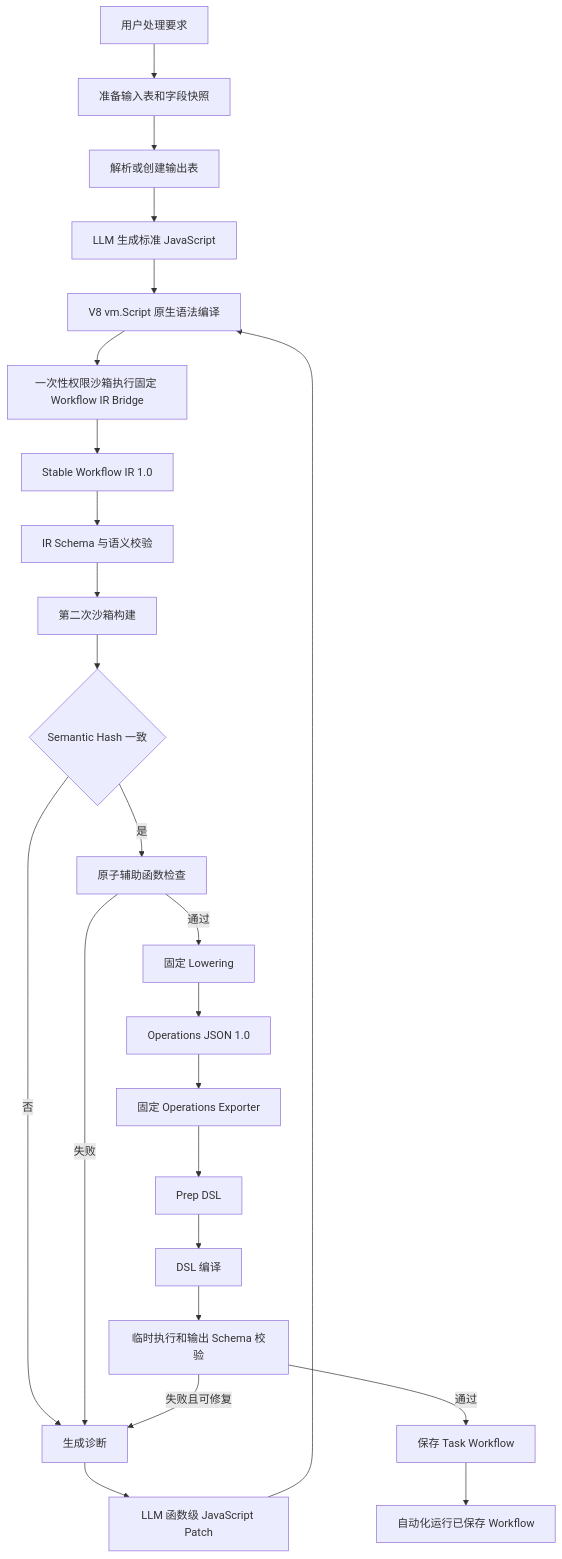
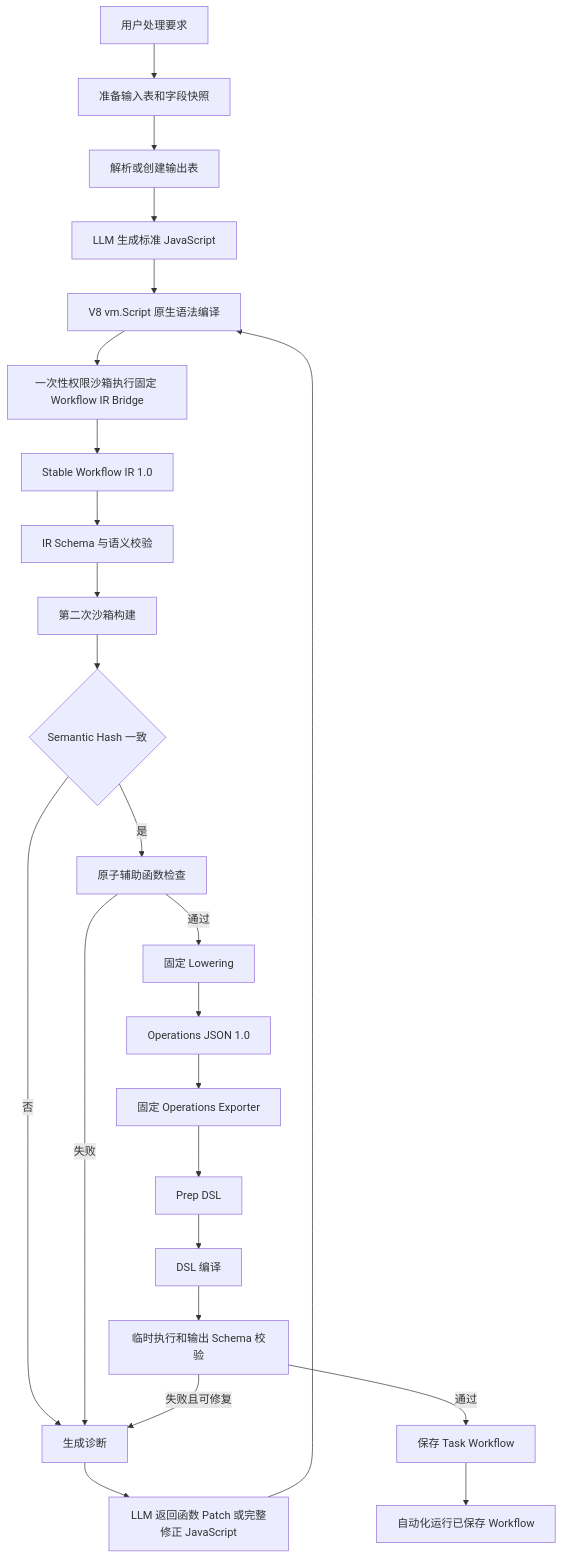
Before and after one commit to tyro668/sophron-cowork-desktop: the diagram in design/automation/data-processing-automation-rp.md, drawn with Mermaid. The commit also changed other lines of this file and 8 other files, not shown here.

````diff
--- a/design/automation/data-processing-automation-rp.md
+++ b/design/automation/data-processing-automation-rp.md
@@ -26,26 +26,26 @@
 ```mermaid
 flowchart TD
     A[用户处理要求] --> B[准备输入表和字段快照]
     B --> C[解析或创建输出表]
     C --> D[LLM 生成标准 JavaScript]
     D --> E[V8 vm.Script 原生语法编译]
     E --> F[一次性权限沙箱执行固定 Workflow IR Bridge]
     F --> G[Stable Workflow IR 1.0]
     G --> H[IR Schema 与语义校验]
     H --> I[第二次沙箱构建]
     I --> J{Semantic Hash 一致}
     J -->|否| R[生成诊断]
     J -->|是| K[原子辅助函数检查]
     K -->|失败| R
-    R --> P[LLM 函数级 JavaScript Patch]
+    R --> P[LLM 返回函数 Patch 或完整修正 JavaScript]
     P --> E
     K -->|通过| L[固定 Lowering]
     L --> M[Operations JSON 1.0]
     M --> N[固定 Operations Exporter]
     N --> O[Prep DSL]
     O --> Q[DSL 编译]
     Q --> S[临时执行和输出 Schema 校验]
     S -->|失败且可修复| R
     S -->|通过| T[保存 Task Workflow]
     T --> U[自动化运行已保存 Workflow]
 ```
````
